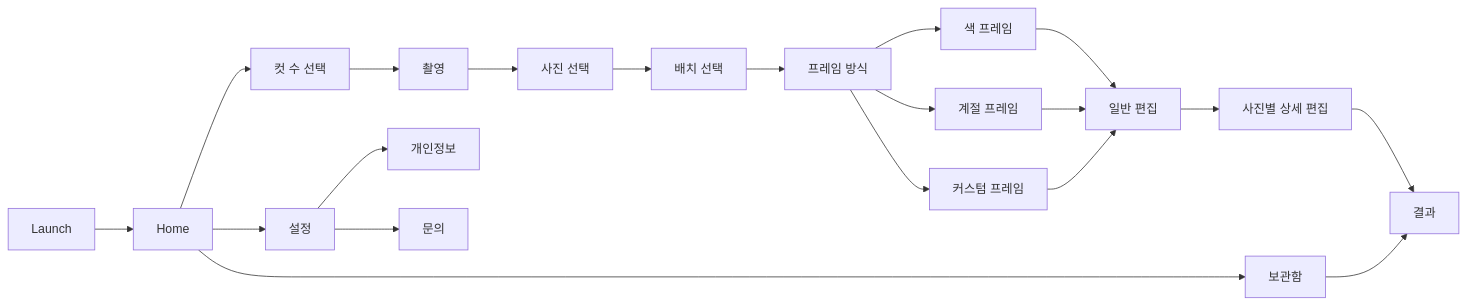
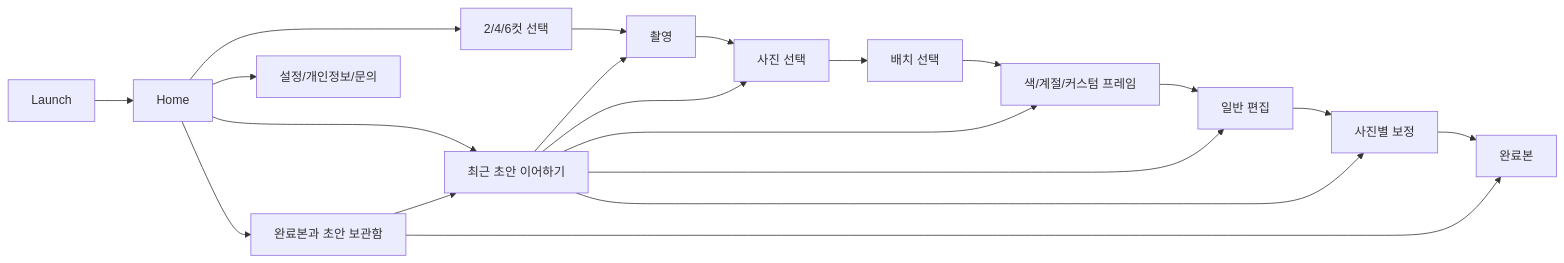
One commit to sin-jun-woo/Pocket-4Cut-Android changed the second of 2 diagrams in docs/ARCHITECTURE.md. Above: the diagram before and after it, drawn with Mermaid. The commit also changed other lines of this file and 10 other files, not shown here.

````diff
--- a/docs/ARCHITECTURE.md
+++ b/docs/ARCHITECTURE.md
@@ -57,22 +45,22 @@
 ```mermaid
 flowchart LR
     Launch --> Home
-    Home --> Type[컷 수 선택]
+    Home --> Type[2/4/6컷 선택]
     Type --> Capture[촬영]
-    Capture --> Selection[사진 선택]
-    Selection --> Layout[배치 선택]
-    Layout --> Mode[프레임 방식]
-    Mode --> Color[색 프레임]
-    Mode --> Season[계절 프레임]
-    Mode --> Custom[커스텀 프레임]
-    Color --> Edit[일반 편집]
-    Season --> Edit
-    Custom --> Edit
-    Edit --> Detail[사진별 상세 편집]
-    Detail --> Result[결과]
-    Home --> Gallery[보관함]
+    Capture --> Select[사진 선택]
+    Select --> Layout[배치 선택]
+    Layout --> Frame[색/계절/커스텀 프레임]
+    Frame --> Edit[일반 편집]
+    Edit --> Detail[사진별 보정]
+    Detail --> Result[완료본]
+    Home --> Resume[최근 초안 이어하기]
+    Resume --> Capture
+    Resume --> Select
+    Resume --> Frame
+    Resume --> Edit
+    Resume --> Detail
+    Home --> Gallery[완료본과 초안 보관함]
     Gallery --> Result
-    Home --> Settings[설정]
-    Settings --> Privacy[개인정보]
-    Settings --> Contact[문의]
+    Gallery --> Resume
+    Home --> Settings[설정/개인정보/문의]
 ```
````
